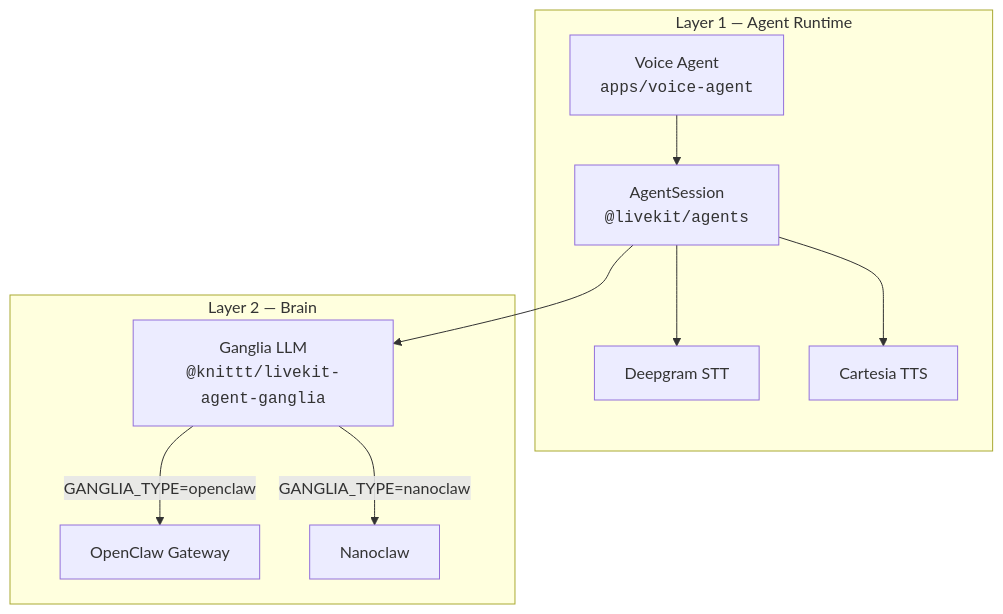
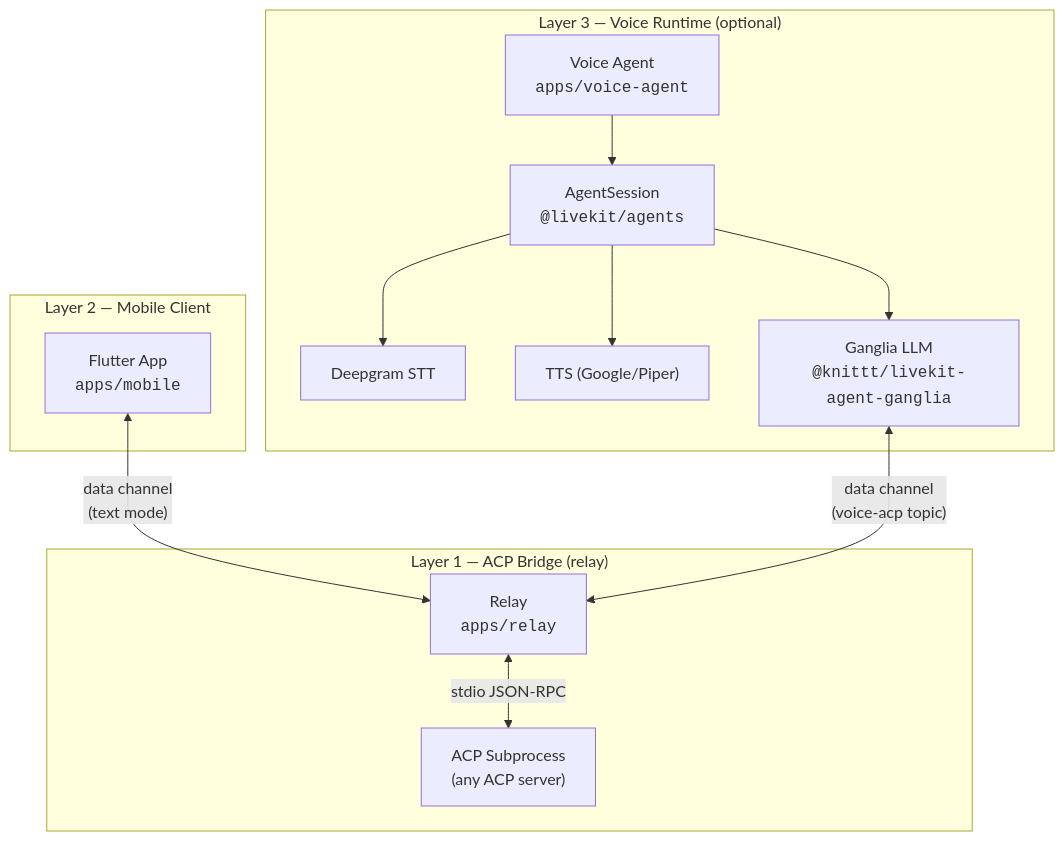
One commit to dremonkey/fletcher changed the first of 3 diagrams in docs/architecture/system-overview.md. Above: the diagram before and after it, drawn with Mermaid. The commit also changed other lines of this file and 26 other files, not shown here.

````diff
--- a/docs/architecture/system-overview.md
+++ b/docs/architecture/system-overview.md
@@ -18,22 +17,27 @@
 ```mermaid
 flowchart TB
-    subgraph "Layer 1 — Agent Runtime"
+    subgraph "Layer 1 — ACP Bridge (relay)"
+        RL["Relay<br/><code>apps/relay</code>"]
+        ACP_SUB["ACP Subprocess<br/>(any ACP server)"]
+    end
+
+    subgraph "Layer 2 — Mobile Client"
+        APP["Flutter App<br/><code>apps/mobile</code>"]
+    end
+
+    subgraph "Layer 3 — Voice Runtime (optional)"
         VA["Voice Agent<br/><code>apps/voice-agent</code>"]
         AS["AgentSession<br/><code>@livekit/agents</code>"]
         STT["Deepgram STT"]
-        TTS["Cartesia TTS"]
+        TTS["TTS (Google/Piper)"]
+        G["Ganglia LLM<br/><code>@knittt/livekit-agent-ganglia</code>"]
     end
 
-    subgraph "Layer 2 — Brain"
-        G["Ganglia LLM<br/><code>@knittt/livekit-agent-ganglia</code>"]
-        OC["OpenClaw Gateway"]
-        NC["Nanoclaw"]
-    end
-
+    APP <-->|"data channel<br/>(text mode)"| RL
+    RL <-->|"stdio JSON-RPC"| ACP_SUB
     VA --> AS
     AS --> STT
     AS --> TTS
     AS --> G
-    G -->|"GANGLIA_TYPE=openclaw"| OC
-    G -->|"GANGLIA_TYPE=nanoclaw"| NC
+    G <-->|"data channel<br/>(voice-acp topic)"| RL
 ```
````
